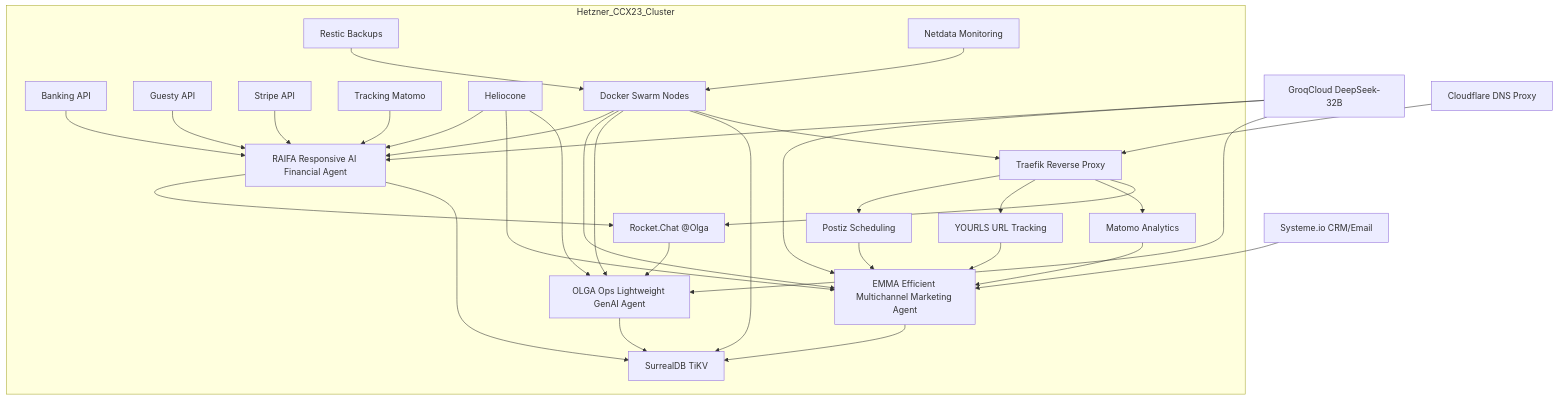
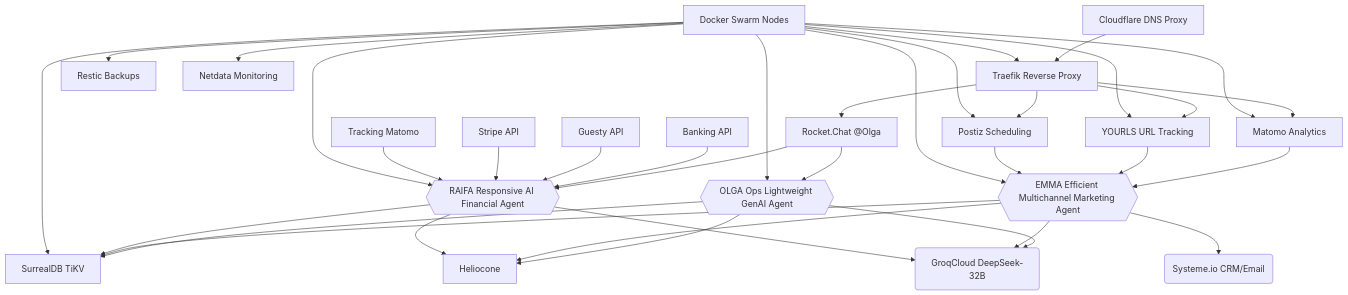
One commit to deepbrainspace/deepbrain-stack changed the fourth of 4 diagrams in projects/bnb/v6-b.md. Above: the diagram before and after it, drawn with Mermaid. The commit also changed other lines of this file, not shown here.

````diff
--- a/projects/bnb/v6-b.md
+++ b/projects/bnb/v6-b.md
@@ -139,37 +98,37 @@
 ```mermaid
-graph TD
-    subgraph Hetzner_CCX23_Cluster
-        A[Rocket.Chat @Olga] --> B[OLGA Ops Lightweight GenAI Agent]
-        B --> C[SurrealDB TiKV]
-        G[Matomo Analytics] --> H[EMMA Efficient Multichannel Marketing Agent]
-        I[YOURLS URL Tracking] --> H
-        J[Postiz Scheduling] --> H
-        H --> C
-        L[RAIFA Responsive AI Financial Agent] --> C
-        L --> A
-        M[Banking API] --> L
-        N[Guesty API] --> L
-        O[Stripe API] --> L
-        P[Tracking Matomo] --> L
-        E[Traefik Reverse Proxy] --> A
-        E --> G
-        E --> I
-        E --> J
-        F[Heliocone] --> B
-        F --> H
-        F --> L
-        Q[Docker Swarm Nodes] --> E
-        Q --> C
-        Q --> B
-        Q --> H
-        Q --> L
-        R[Restic Backups] --> Q
-        S[Netdata Monitoring] --> Q
-    end
-
-    T[GroqCloud DeepSeek-32B] --> B
-    T --> H
-    T --> L
-    U[Cloudflare DNS Proxy] --> E
-    V[Systeme.io CRM/Email] --> H
+flowchart TD
+    U[Cloudflare DNS Proxy] --> E[Traefik Reverse Proxy]
+    E --> A[Rocket.Chat @Olga]
+    A --> B{{OLGA Ops Lightweight GenAI Agent}}
+    B --> C[SurrealDB TiKV]
+    E --> G[Matomo Analytics]
+    E --> I[YOURLS URL Tracking]
+    E --> J[Postiz Scheduling]
+    G --> H{{EMMA Efficient Multichannel Marketing Agent}}
+    I --> H
+    J --> H
+    H --> C
+    A --> L{{RAIFA Responsive AI Financial Agent}}
+    L --> C
+    M[Banking API] --> L
+    N[Guesty API] --> L
+    O[Stripe API] --> L
+    P[Tracking Matomo] --> L
+    B --> F[Heliocone]
+    H --> F
+    L --> F
+    B --> T(GroqCloud DeepSeek-32B)
+    H --> T
+    L --> T
+    H --> V(Systeme.io CRM/Email)
+    Q[Docker Swarm Nodes] --> E
+    Q --> C
+    Q --> B
+    Q --> H
+    Q --> L
+    Q --> G
+    Q --> I
+    Q --> J
+    Q --> R[Restic Backups]
+    Q --> S[Netdata Monitoring]
 ```
````
